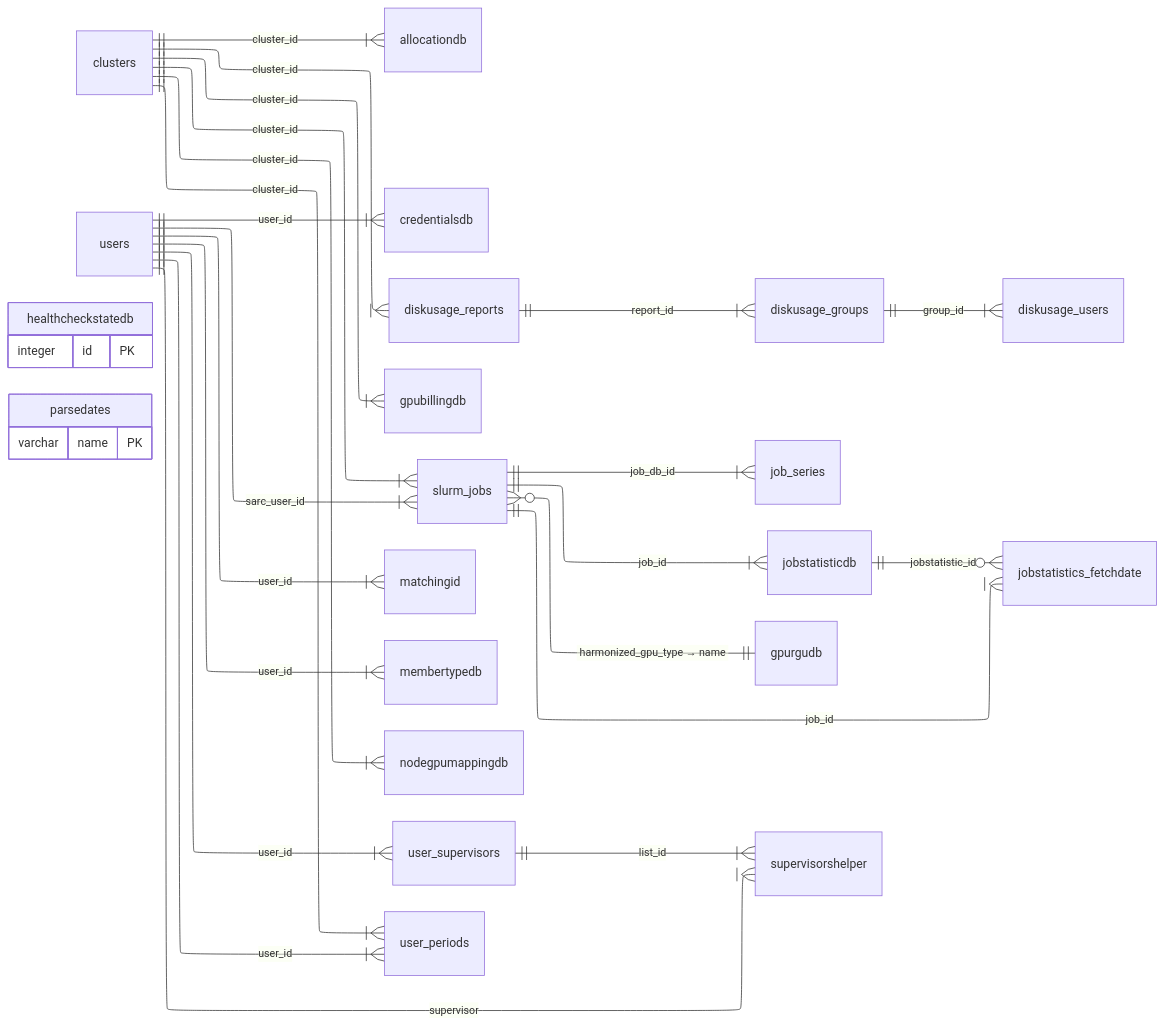
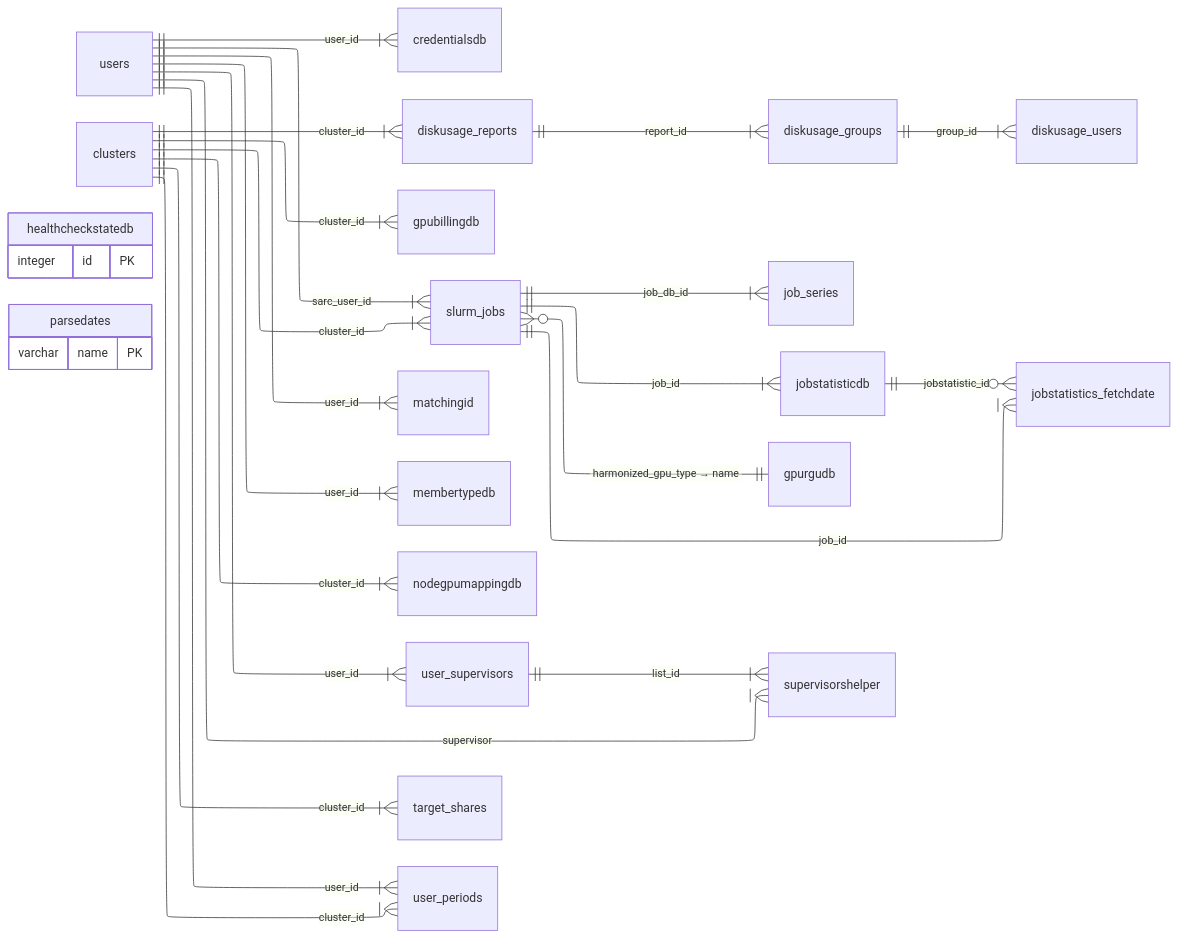
One commit to mila-iqia/SARC changed the diagram in docs/dev_overview/db_schema.mmd. Above: the diagram before and after it, drawn with Mermaid. The commit also changed 21 other files, not shown here.

First line of the commit message:
Drop allocationdb, superseded by target_shares

```diff
--- a/docs/dev_overview/db_schema.mmd
+++ b/docs/dev_overview/db_schema.mmd
@@ -1,30 +1,30 @@
 %%{init: {"layout": "elk"}}%%
 erDiagram
     direction LR
-    clusters ||--|{ allocationdb : cluster_id
     users ||--|{ credentialsdb : user_id
     diskusage_reports ||--|{ diskusage_groups : report_id
     clusters ||--|{ diskusage_reports : cluster_id
     diskusage_groups ||--|{ diskusage_users : group_id
     clusters ||--|{ gpubillingdb : cluster_id
     slurm_jobs ||--|{ job_series : job_db_id
     slurm_jobs ||--|{ jobstatisticdb : job_id
     slurm_jobs ||--|{ jobstatistics_fetchdate : job_id
     jobstatisticdb ||--o{ jobstatistics_fetchdate : jobstatistic_id
     users ||--|{ matchingid : user_id
     users ||--|{ membertypedb : user_id
     clusters ||--|{ nodegpumappingdb : cluster_id
     clusters ||--|{ slurm_jobs : cluster_id
     slurm_jobs }o--|| gpurgudb : "harmonized_gpu_type → name"
     users ||--|{ slurm_jobs : sarc_user_id
     user_supervisors ||--|{ supervisorshelper : list_id
     users ||--|{ supervisorshelper : supervisor
+    clusters ||--|{ target_shares : cluster_id
     users ||--|{ user_periods : user_id
     clusters ||--|{ user_periods : cluster_id
     users ||--|{ user_supervisors : user_id
     healthcheckstatedb {
         integer id PK
     }
     parsedates {
         varchar name PK
     }
```
